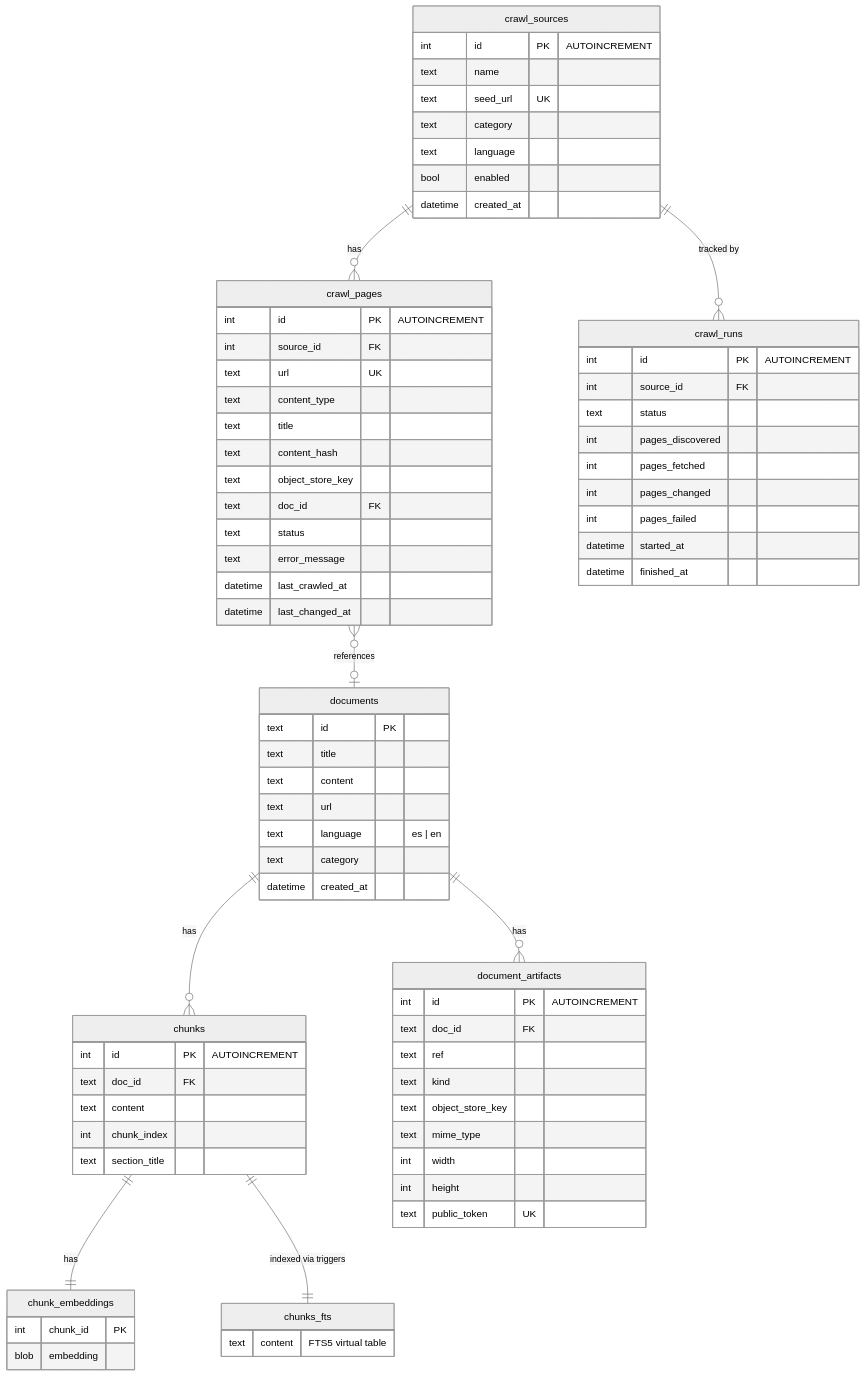
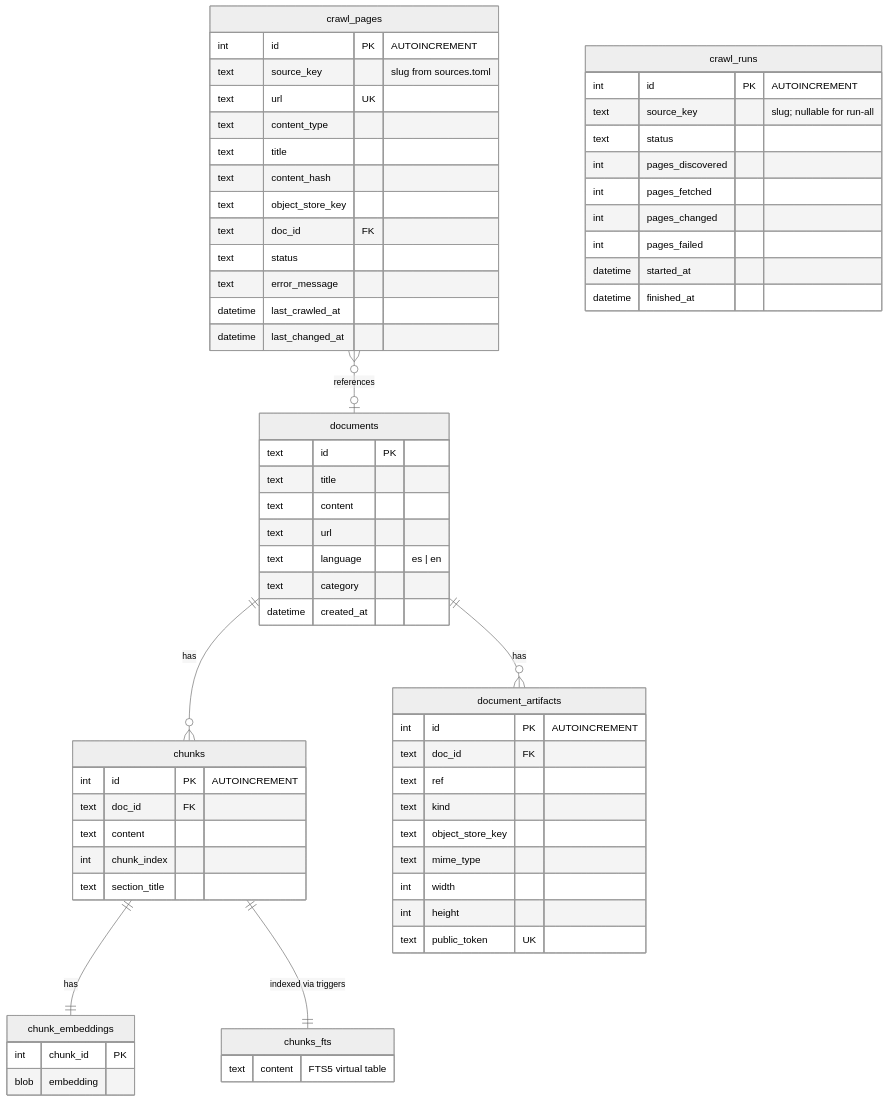
Before and after one commit to klnstprx/etsi-rag: the eighth of 8 diagrams in docs/diagrams.md, drawn with Mermaid (neutral theme). The commit also changed other lines of this file and 30 other files, not shown here.

````diff
--- a/docs/diagrams.md
+++ b/docs/diagrams.md
@@ -300,19 +300,9 @@
         blob embedding
     }
 
-    crawl_sources {
-        int id PK "AUTOINCREMENT"
-        text name
-        text seed_url UK
-        text category
-        text language
-        bool enabled
-        datetime created_at
-    }
-
     crawl_pages {
         int id PK "AUTOINCREMENT"
-        int source_id FK
+        text source_key "slug from sources.toml"
         text url UK
         text content_type
         text title
@@ -327,7 +317,7 @@
 
     crawl_runs {
         int id PK "AUTOINCREMENT"
-        int source_id FK
+        text source_key "slug; nullable for run-all"
         text status
         int pages_discovered
         int pages_fetched
@@ -353,7 +343,5 @@
     chunks ||--|| chunk_embeddings : "has"
     chunks ||--|| chunks_fts : "indexed via triggers"
     documents ||--o{ document_artifacts : "has"
-    crawl_sources ||--o{ crawl_pages : "has"
-    crawl_sources ||--o{ crawl_runs : "tracked by"
     crawl_pages }o--o| documents : "references"
 ```
````
